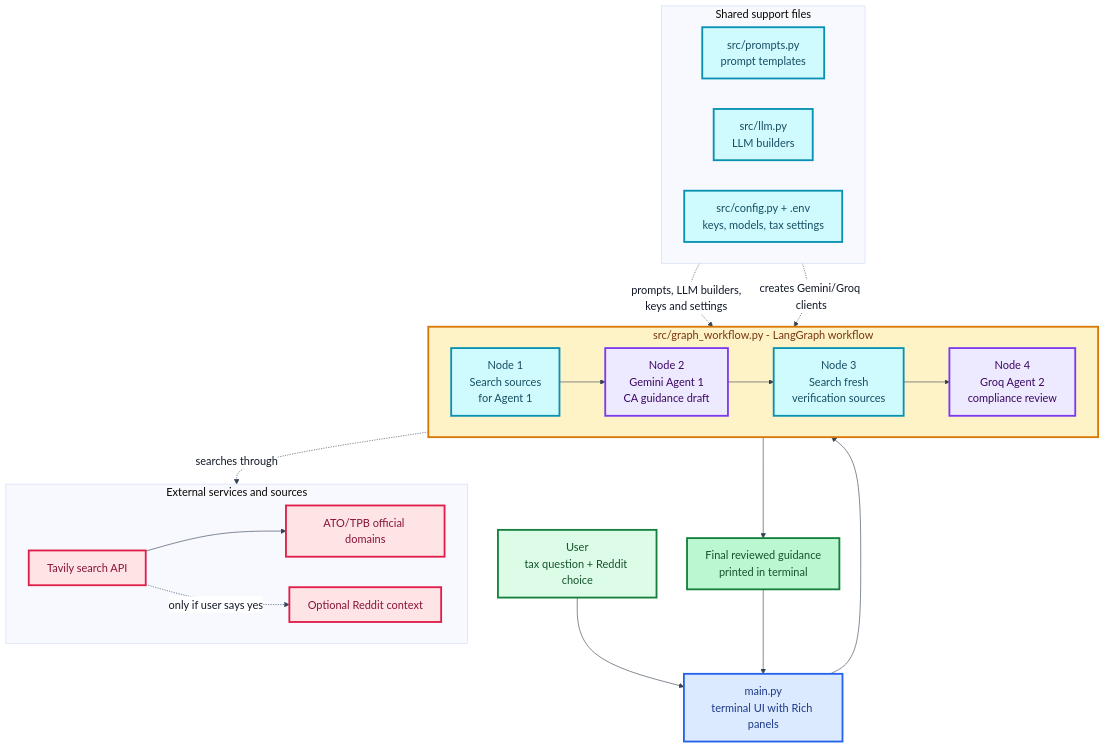
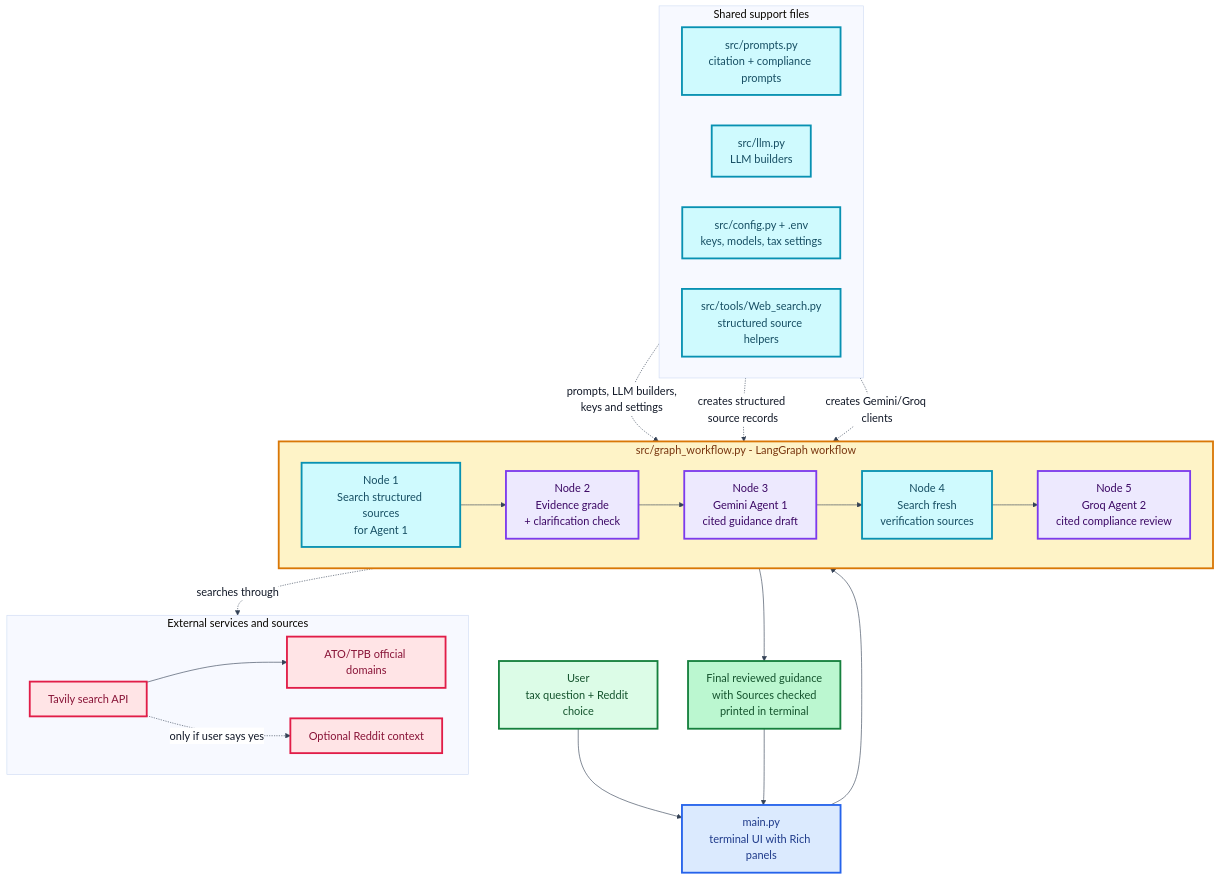
One commit to VishalgorakhnathShelke/Joga-Banito changed the first of 7 diagrams in ARCHITECTURE_DIAGRAMS.md. Above: the diagram before and after it, drawn with Mermaid. The commit also changed other lines of this file and 5 other files, not shown here.

````diff
--- a/ARCHITECTURE_DIAGRAMS.md
+++ b/ARCHITECTURE_DIAGRAMS.md
@@ -9,56 +11,59 @@
 ```mermaid
 %%{init: {"theme": "base", "themeVariables": {"background": "#ffffff", "primaryTextColor": "#111827", "textColor": "#111827", "lineColor": "#334155", "edgeLabelBackground": "#ffffff", "fontFamily": "Arial", "fontSize": "18px"}}}%%
 flowchart TB
     user["User<br/>tax question + Reddit choice"]
     main["main.py<br/>terminal UI with Rich panels"]
 
     subgraph workflow["src/graph_workflow.py - LangGraph workflow"]
         direction LR
-        search1["Node 1<br/>Search sources<br/>for Agent 1"]
-        agent1["Node 2<br/>Gemini Agent 1<br/>CA guidance draft"]
-        search2["Node 3<br/>Search fresh<br/>verification sources"]
-        agent2["Node 4<br/>Groq Agent 2<br/>compliance review"]
-        search1 --> agent1 --> search2 --> agent2
+        search1["Node 1<br/>Search structured sources<br/>for Agent 1"]
+        grade["Node 2<br/>Evidence grade<br/>+ clarification check"]
+        agent1["Node 3<br/>Gemini Agent 1<br/>cited guidance draft"]
+        search2["Node 4<br/>Search fresh<br/>verification sources"]
+        agent2["Node 5<br/>Groq Agent 2<br/>cited compliance review"]
+        search1 --> grade --> agent1 --> search2 --> agent2
     end
 
-    final["Final reviewed guidance<br/>printed in terminal"]
+    final["Final reviewed guidance<br/>with Sources checked<br/>printed in terminal"]
 
     subgraph support["Shared support files"]
         direction LR
-        prompts["src/prompts.py<br/>prompt templates"]
+        prompts["src/prompts.py<br/>citation + compliance prompts"]
         llm["src/llm.py<br/>LLM builders"]
         config["src/config.py + .env<br/>keys, models, tax settings"]
+        tools["src/tools/Web_search.py<br/>structured source helpers"]
     end
 
     subgraph services["External services and sources"]
         direction LR
         tavily["Tavily search API"]
         official["ATO/TPB official domains"]
         reddit["Optional Reddit context"]
     end
 
     user --> main --> workflow
     workflow --> final --> main
 
     support -. "prompts, LLM builders,<br/>keys and settings" .-> workflow
+    tools -. "creates structured source records" .-> workflow
     workflow -. "searches through" .-> tavily
     tavily --> official
     tavily -. "only if user says yes" .-> reddit
     llm -. "creates Gemini/Groq clients" .-> workflow
 
     classDef person fill:#dcfce7,stroke:#15803d,color:#14532d,stroke-width:3px
     classDef app fill:#dbeafe,stroke:#2563eb,color:#1e3a8a,stroke-width:3px
     classDef graphNode fill:#fef3c7,stroke:#d97706,color:#78350f,stroke-width:3px
     classDef agent fill:#ede9fe,stroke:#7c3aed,color:#3b0764,stroke-width:3px
     classDef search fill:#cffafe,stroke:#0891b2,color:#164e63,stroke-width:3px
     classDef external fill:#ffe4e6,stroke:#e11d48,color:#881337,stroke-width:3px
     classDef output fill:#bbf7d0,stroke:#15803d,color:#14532d,stroke-width:3px
 
     class user person
     class main app
     class workflow graphNode
-    class search1,search2,prompts,llm,config search
-    class agent1,agent2 agent
+    class search1,search2,prompts,llm,config,tools search
+    class grade,agent1,agent2 agent
     class tavily,official,reddit external
     class final output
 ```
````
